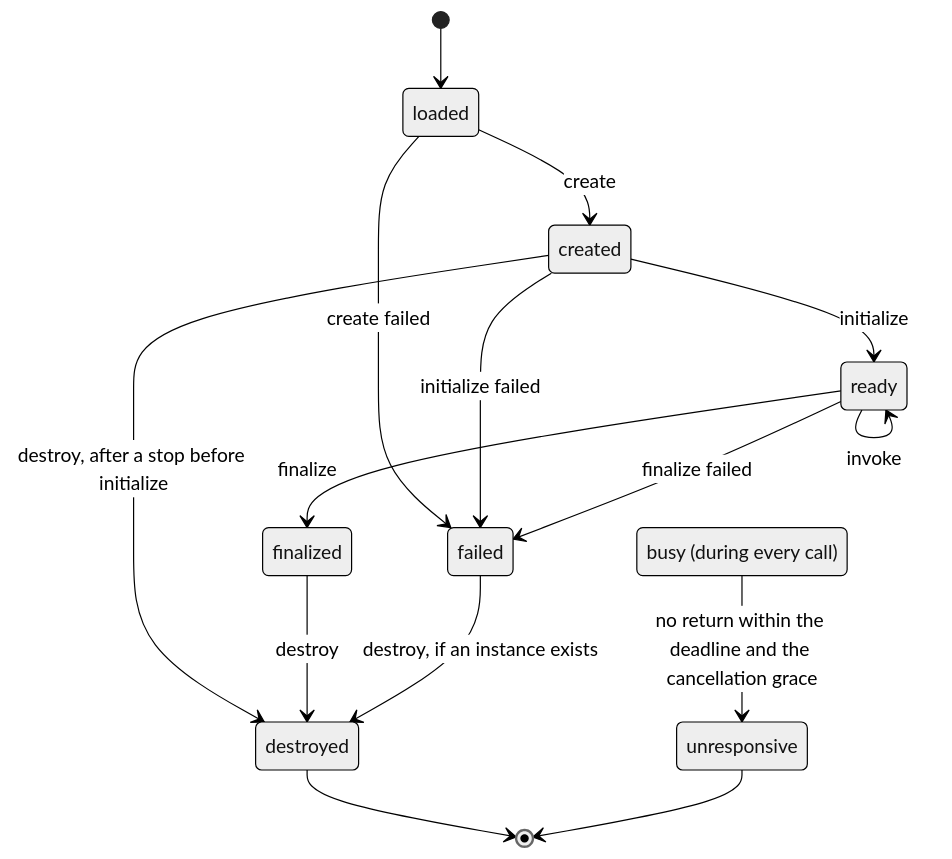
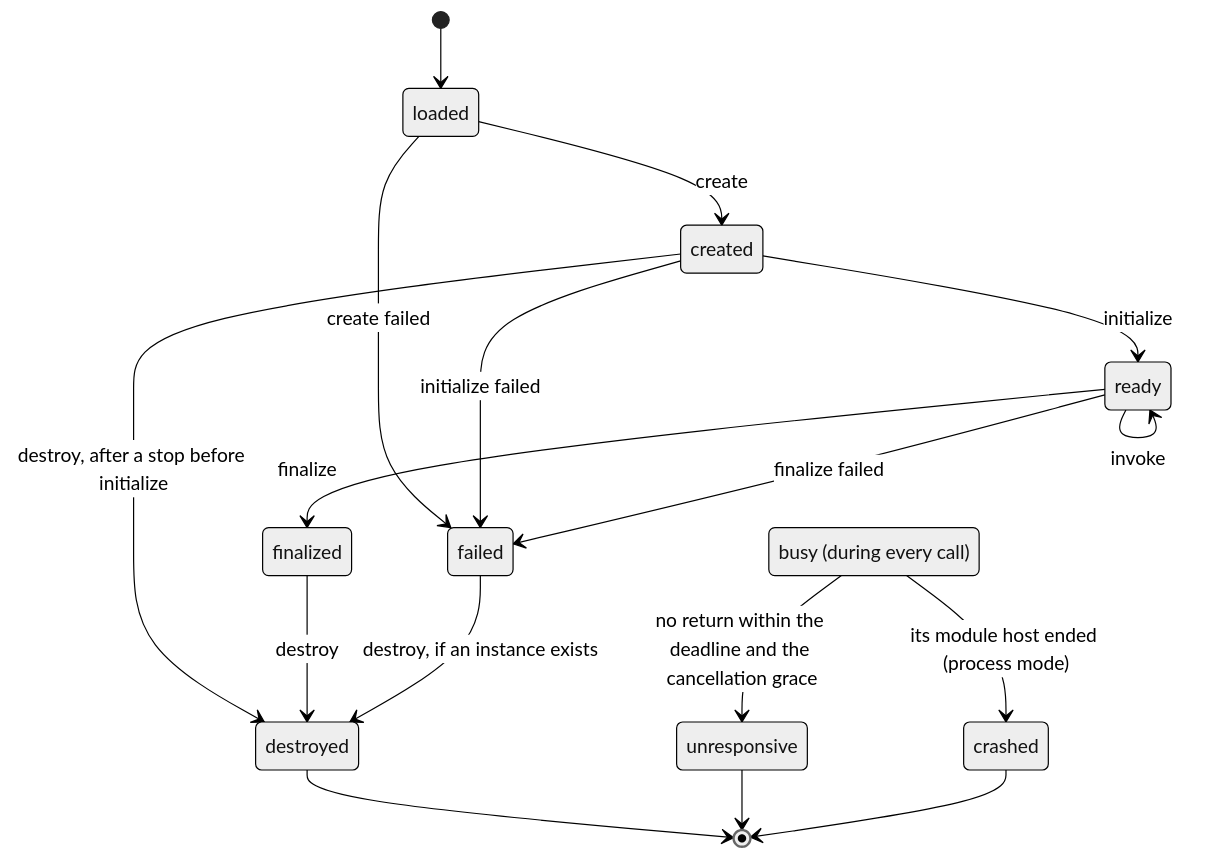
The fifth of 5 diagrams in docs/architecture.md (INFLECT-Praenora/praenora-runtime), drawn with Mermaid (neutral theme) before and after one commit. The commit also changed other lines of this file and 180 other files, not shown here.

````diff
--- a/docs/architecture.md
+++ b/docs/architecture.md
@@ -234,18 +246,20 @@
 ```mermaid
 stateDiagram-v2
     [*] --> loaded
     loaded --> created: create
     loaded --> failed: create failed
     created --> ready: initialize
     created --> failed: initialize failed
     created --> destroyed: destroy, after a stop before initialize
     ready --> ready: invoke
     ready --> finalized: finalize
     ready --> failed: finalize failed
     finalized --> destroyed: destroy
     failed --> destroyed: destroy, if an instance exists
     destroyed --> [*]
     state "busy (during every call)" as busy
     busy --> unresponsive: no return within the deadline and the cancellation grace
     unresponsive --> [*]
+    busy --> crashed: its module host ended (process mode)
+    crashed --> [*]
 ```
````
